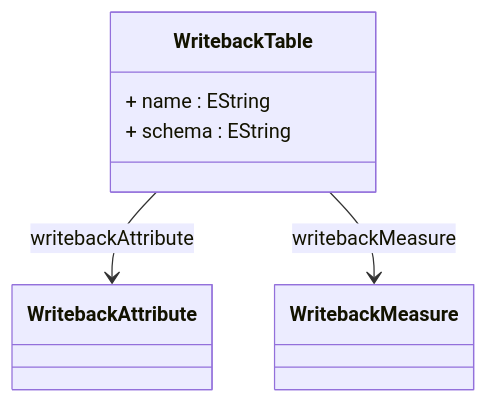
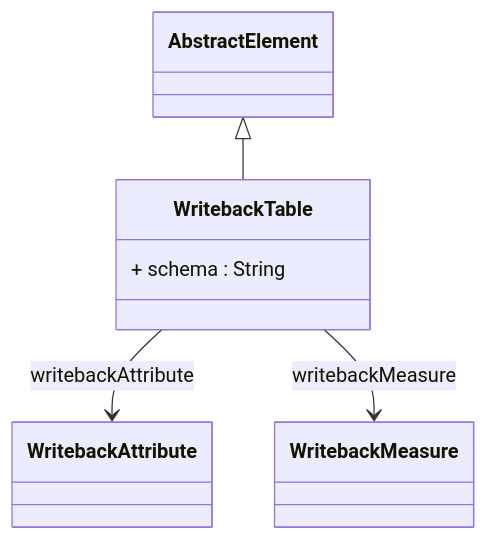
One commit to eclipse-daanse/eclipse-daanse.github.io changed the diagram in docs/cubeserver/model/class-WritebackTable.md. Above: the diagram before and after it, drawn with Mermaid. The commit also changed other lines of this file and 138 other files, not shown here.

````diff
--- a/docs/cubeserver/model/class-WritebackTable.md
+++ b/docs/cubeserver/model/class-WritebackTable.md
@@ -93,12 +86,11 @@
 ```mermaid
 classDiagram
   class WritebackTable {
-    + name : EString
-    + schema : EString
+    + schema : String
   }
 
-
+  AbstractElement <|-- WritebackTable
   WritebackTable --> WritebackAttribute : writebackAttribute
   WritebackTable --> WritebackMeasure : writebackMeasure
 
 ```
````
